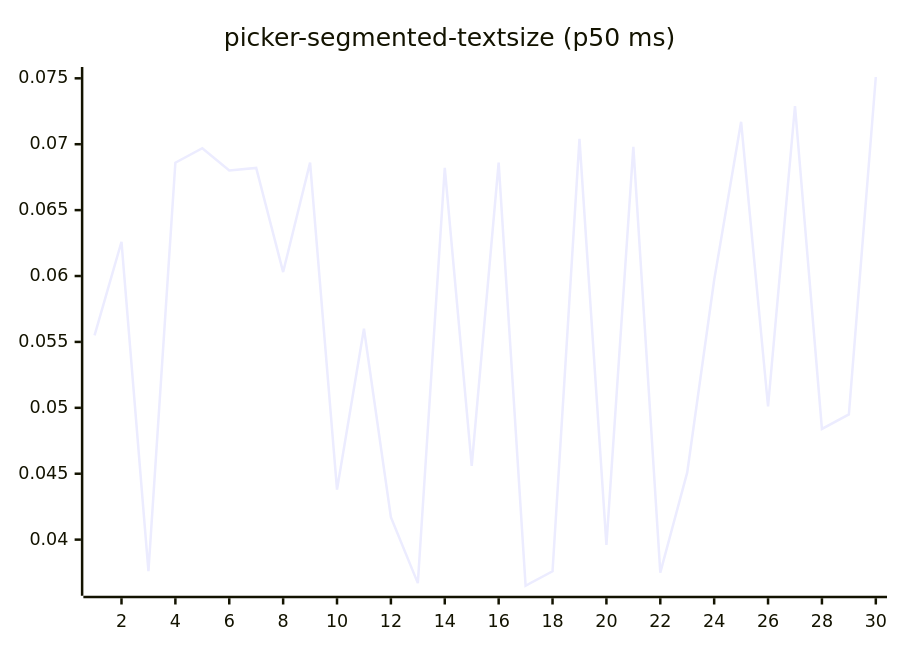
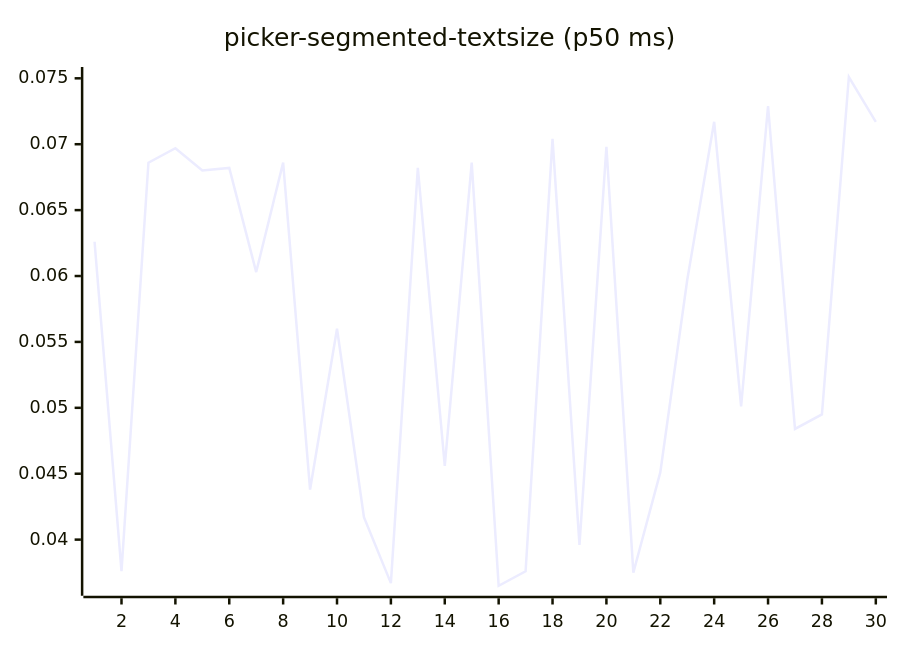
Before and after one commit to josha/Facet: diagram 17 of 27 in README.md, drawn with Mermaid. The commit also changed other lines of this file and 2 other files, not shown here.

````diff
--- a/README.md
+++ b/README.md
@@ -175,6 +175,6 @@
 ```mermaid
 xychart-beta
     title "picker-segmented-textsize (p50 ms)"
     x-axis 1 --> 30
-    line [0.0555, 0.0626, 0.0376, 0.0686, 0.0697, 0.0680, 0.0682, 0.0603, 0.0686, 0.0438, 0.0560, 0.0417, 0.0367, 0.0682, 0.0456, 0.0686, 0.0365, 0.0376, 0.0704, 0.0396, 0.0698, 0.0375, 0.0451, 0.0597, 0.0717, 0.0501, 0.0729, 0.0484, 0.0495, 0.0751]
+    line [0.0626, 0.0376, 0.0686, 0.0697, 0.0680, 0.0682, 0.0603, 0.0686, 0.0438, 0.0560, 0.0417, 0.0367, 0.0682, 0.0456, 0.0686, 0.0365, 0.0376, 0.0704, 0.0396, 0.0698, 0.0375, 0.0451, 0.0597, 0.0717, 0.0501, 0.0729, 0.0484, 0.0495, 0.0751, 0.0717]
 ```
````
